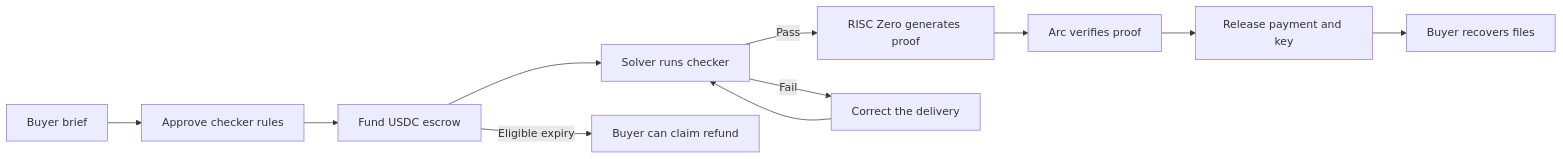
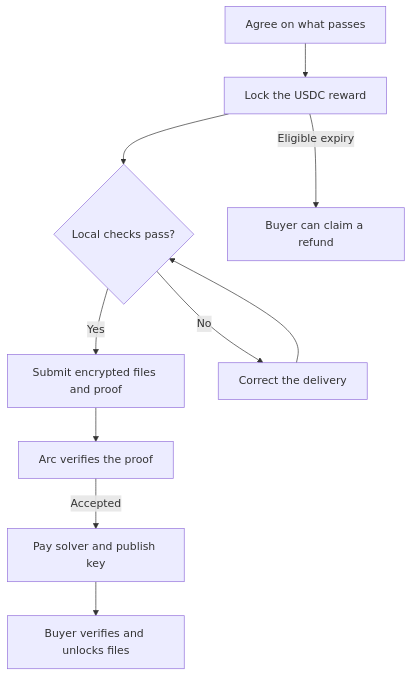
The diagram in README.md (anishnarang9/erdos), drawn with Mermaid before and after one commit. The commit also changed other lines of this file, not shown here.

````diff
--- a/README.md
+++ b/README.md
@@ -65,13 +73,12 @@
 ```mermaid
-flowchart LR
-    brief[Buyer brief] --> rules[Approve checker rules]
-    rules --> escrow[Fund USDC escrow]
-    escrow --> check[Solver runs checker]
-    check -- Pass --> proof[RISC Zero generates proof]
-    proof --> arc[Arc verifies proof]
-    arc --> release[Release payment and key]
-    release --> files[Buyer recovers files]
-    check -- Fail --> retry[Correct the delivery]
+flowchart TD
+    rules["Agree on what passes"] --> escrow["Lock the USDC reward"]
+    escrow --> check{"Local checks pass?"}
+    check -- Yes --> proof["Submit encrypted files and proof"]
+    proof --> arc["Arc verifies the proof"]
+    arc -- Accepted --> release["Pay solver and publish key"]
+    release --> files["Buyer verifies and unlocks files"]
+    check -- No --> retry["Correct the delivery"]
     retry --> check
-    escrow -- Eligible expiry --> refund[Buyer can claim refund]
+    escrow -- Eligible expiry --> refund["Buyer can claim a refund"]
 ```
````
